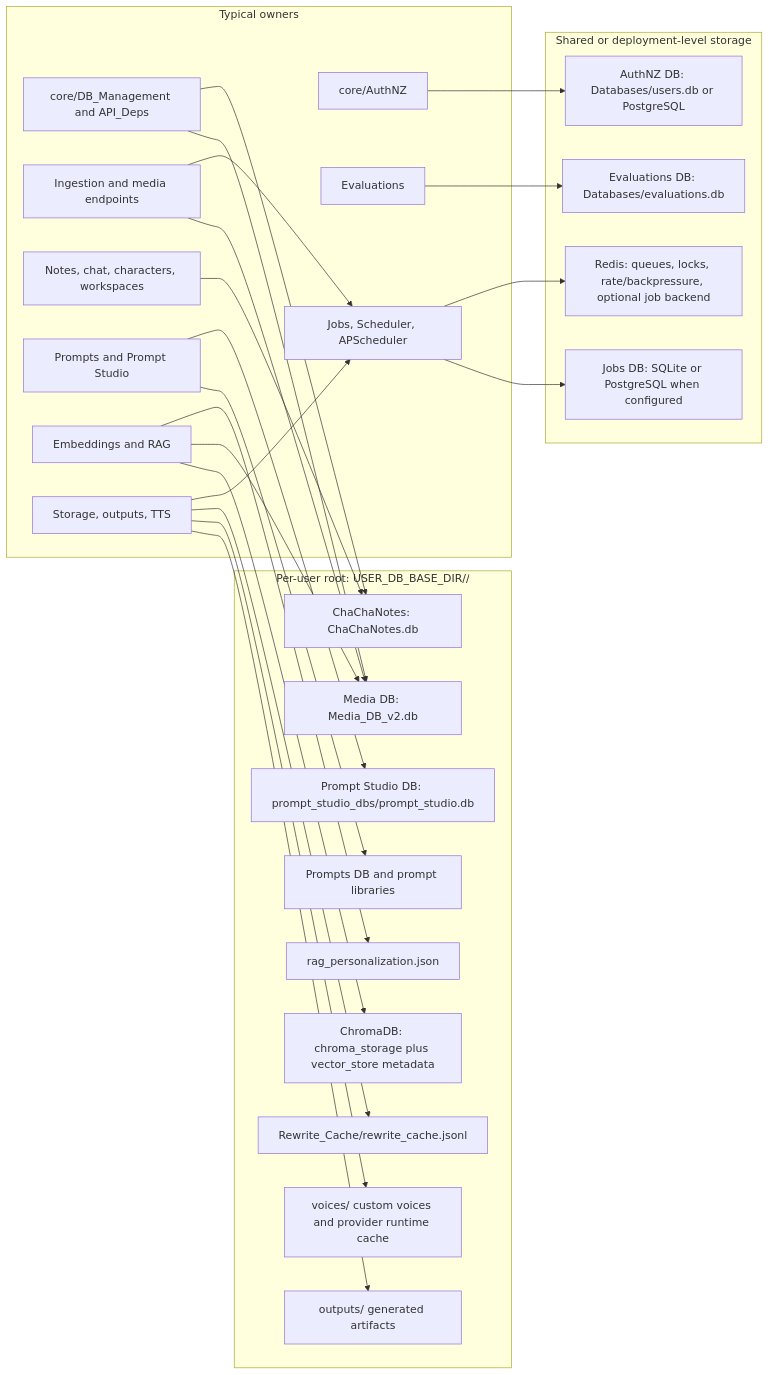
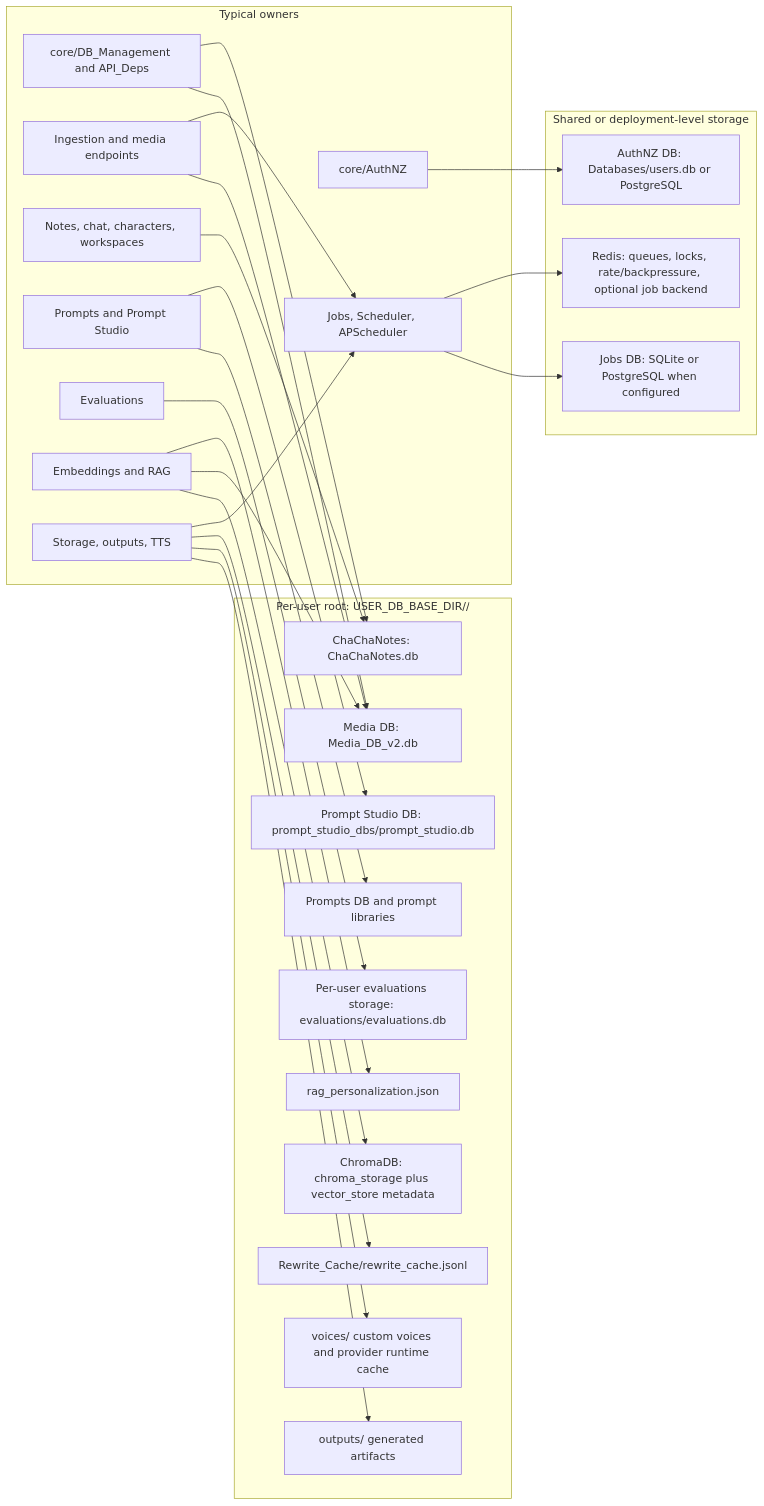
One commit to rmusser01/tldw_server changed the fourth of 4 diagrams in Docs/Code_Documentation/Data_Flow_Atlas.md. Above: the diagram before and after it, drawn with Mermaid. The commit also changed 1 other file, not shown here.

Commit message:
docs: correct data flow atlas evaluations storage

````diff
--- a/Docs/Code_Documentation/Data_Flow_Atlas.md
+++ b/Docs/Code_Documentation/Data_Flow_Atlas.md
@@ -299,52 +299,52 @@
 ```mermaid
 flowchart LR
     subgraph Shared["Shared or deployment-level storage"]
         AuthDB[AuthNZ DB: Databases/users.db or PostgreSQL]
-        EvalDB[Evaluations DB: Databases/evaluations.db]
         JobDB[Jobs DB: SQLite or PostgreSQL when configured]
         Redis[Redis: queues, locks, rate/backpressure, optional job backend]
     end
 
     subgraph UserRoot["Per-user root: USER_DB_BASE_DIR/<user_id>/"]
         MediaDB[Media DB: Media_DB_v2.db]
         ChaCha[ChaChaNotes: ChaChaNotes.db]
         Prompts[Prompts DB and prompt libraries]
         PromptStudio[Prompt Studio DB: prompt_studio_dbs/prompt_studio.db]
+        EvalDB[Per-user evaluations storage: evaluations/evaluations.db]
         Vector[ChromaDB: chroma_storage plus vector_store metadata]
         Outputs[outputs/ generated artifacts]
         Voices[voices/ custom voices and provider runtime cache]
         Rewrite[Rewrite_Cache/rewrite_cache.jsonl]
         Personalization[rag_personalization.json]
     end
 
     subgraph Owners["Typical owners"]
         AuthNZ[core/AuthNZ]
         DBMgmt[core/DB_Management and API_Deps]
         Ingestion[Ingestion and media endpoints]
         NotesChat[Notes, chat, characters, workspaces]
         PromptCore[Prompts and Prompt Studio]
         EvalCore[Evaluations]
         EmbedRAG[Embeddings and RAG]
         FileCore[Storage, outputs, TTS]
         JobsScheduler[Jobs, Scheduler, APScheduler]
     end
 
     AuthNZ --> AuthDB
     DBMgmt --> MediaDB
     DBMgmt --> ChaCha
     Ingestion --> MediaDB
     NotesChat --> ChaCha
     PromptCore --> Prompts
     PromptCore --> PromptStudio
     EvalCore --> EvalDB
     EmbedRAG --> Vector
     EmbedRAG --> MediaDB
     FileCore --> Outputs
     FileCore --> Voices
     FileCore --> Rewrite
     EmbedRAG --> Personalization
     JobsScheduler --> JobDB
     JobsScheduler --> Redis
     Ingestion --> JobsScheduler
     FileCore --> JobsScheduler
 ```
````
